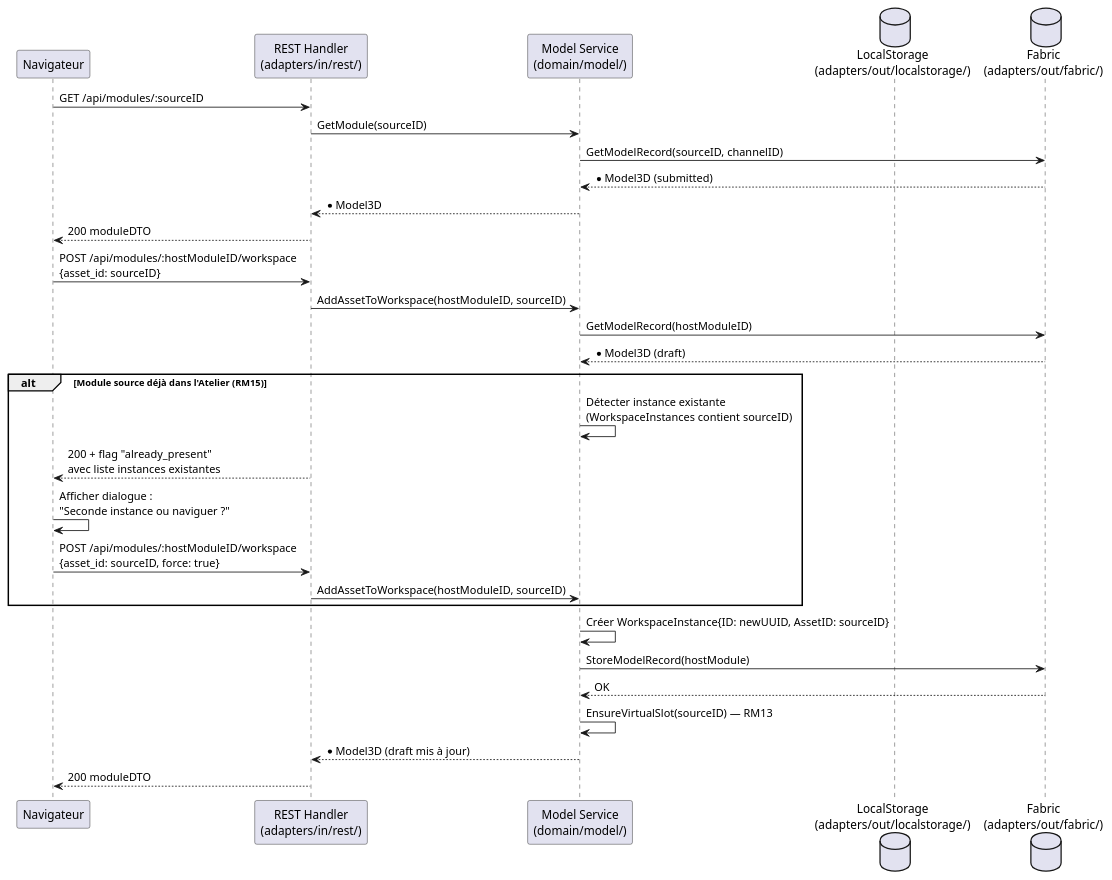
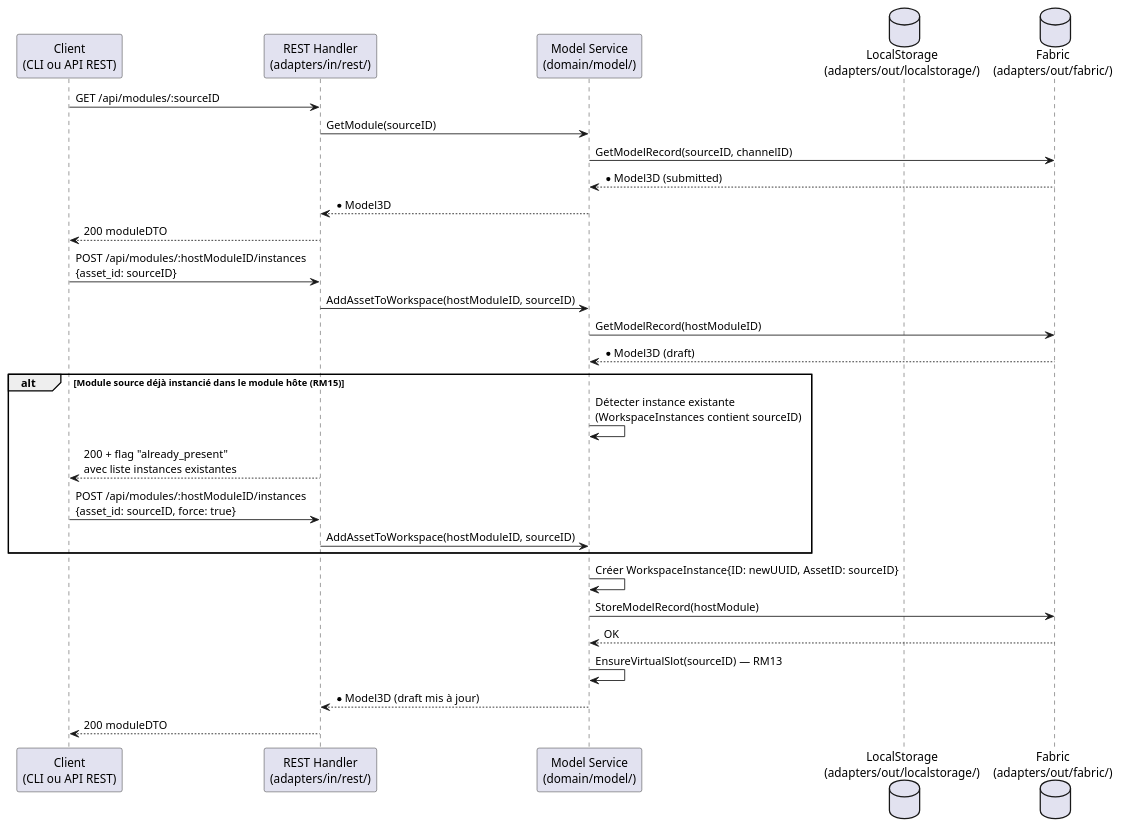
The second of 2 diagrams in specs/2-Analyse/UCMOD-Module/UCMOD02.md (olivaux/myr), drawn with PlantUML before and after one commit. The commit also changed other lines of this file and 72 other files, not shown here.

````diff
--- a/specs/2-Analyse/UCMOD-Module/UCMOD02.md
+++ b/specs/2-Analyse/UCMOD-Module/UCMOD02.md
@@ -103,36 +90,35 @@
 ```plantuml
 @startuml
-participant "Navigateur" as Browser
+participant "Client\n(CLI ou API REST)" as Client
 participant "REST Handler\n(adapters/in/rest/)" as REST
 participant "Model Service\n(domain/model/)" as Service
 database "LocalStorage\n(adapters/out/localstorage/)" as Local
 database "Fabric\n(adapters/out/fabric/)" as Fabric
 
-Browser -> REST : GET /api/modules/:sourceID
+Client -> REST : GET /api/modules/:sourceID
 REST -> Service : GetModule(sourceID)
 Service -> Fabric : GetModelRecord(sourceID, channelID)
 Fabric --> Service : *Model3D (submitted)
 Service --> REST : *Model3D
-REST --> Browser : 200 moduleDTO
+REST --> Client : 200 moduleDTO
 
-Browser -> REST : POST /api/modules/:hostModuleID/workspace\n{asset_id: sourceID}
+Client -> REST : POST /api/modules/:hostModuleID/instances\n{asset_id: sourceID}
 REST -> Service : AddAssetToWorkspace(hostModuleID, sourceID)
 Service -> Fabric : GetModelRecord(hostModuleID)
 Fabric --> Service : *Model3D (draft)
 
-alt Module source déjà dans l'Atelier (RM15)
+alt Module source déjà instancié dans le module hôte (RM15)
     Service -> Service : Détecter instance existante\n(WorkspaceInstances contient sourceID)
-    REST --> Browser : 200 + flag "already_present"\navec liste instances existantes
-    Browser -> Browser : Afficher dialogue :\n"Seconde instance ou naviguer ?"
-    Browser -> REST : POST /api/modules/:hostModuleID/workspace\n{asset_id: sourceID, force: true}
+    REST --> Client : 200 + flag "already_present"\navec liste instances existantes
+    Client -> REST : POST /api/modules/:hostModuleID/instances\n{asset_id: sourceID, force: true}
     REST -> Service : AddAssetToWorkspace(hostModuleID, sourceID)
 end
 
 Service -> Service : Créer WorkspaceInstance{ID: newUUID, AssetID: sourceID}
 Service -> Fabric : StoreModelRecord(hostModule)
 Fabric --> Service : OK
 Service -> Service : EnsureVirtualSlot(sourceID) — RM13
 Service --> REST : *Model3D (draft mis à jour)
-REST --> Browser : 200 moduleDTO
+REST --> Client : 200 moduleDTO
 @enduml
 ```
````
